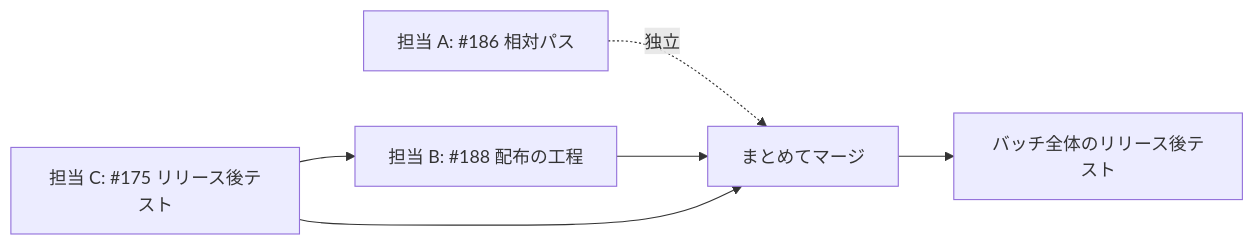
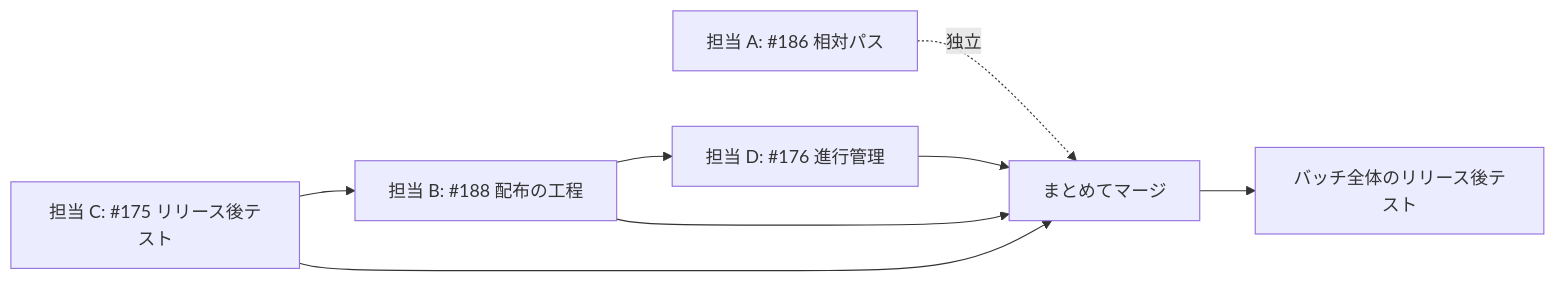
One commit to devbasex/ai-plugins changed the diagram in issues/parallel-batch-02/00-overview.md. Above: the diagram before and after it, drawn with Mermaid. The commit also changed other lines of this file and 1 other file, not shown here.

````diff
--- a/issues/parallel-batch-02/00-overview.md
+++ b/issues/parallel-batch-02/00-overview.md
@@ -79,8 +102,10 @@
 ```mermaid
 flowchart LR
     C[担当 C: #175 リリース後テスト] --> B[担当 B: #188 配布の工程]
     A[担当 A: #186 相対パス] -.独立.-> M[まとめてマージ]
+    B --> D[担当 D: #176 進行管理]
     B --> M
     C --> M
+    D --> M
     M --> V[バッチ全体のリリース後テスト]
 ```
````
